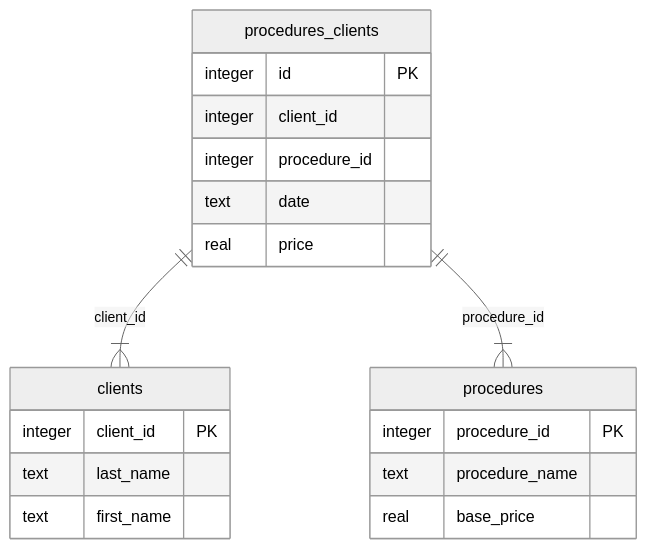
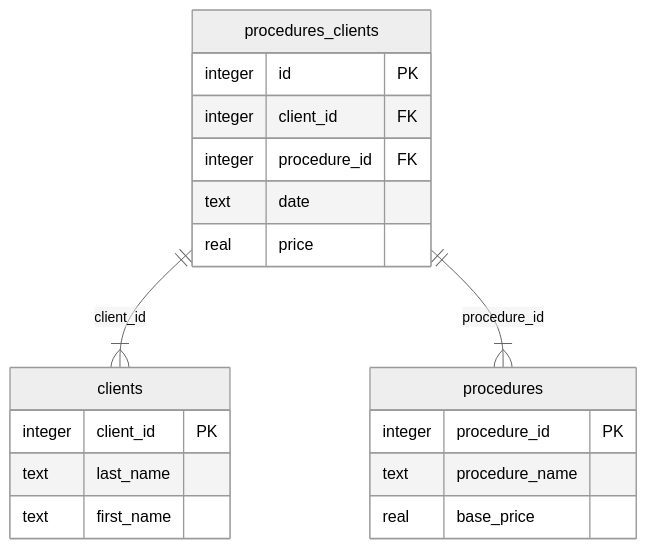
One commit to deltaDelete/PZ17 changed the diagram in PZ17/schema.mermaid. Above: the diagram before and after it, drawn with Mermaid (neutral theme).

Commit message:
fix(schema): добавлена метка внешних ключей

```diff
--- a/PZ17/schema.mermaid
+++ b/PZ17/schema.mermaid
@@ -1,21 +1,21 @@
 erDiagram
 clients {
    integer client_id PK
    text last_name
    text first_name
 }
 procedures {
    integer procedure_id PK
    text procedure_name
    real base_price
 }
 procedures_clients {
    integer id PK
-   integer client_id
-   integer procedure_id
+   integer client_id FK
+   integer procedure_id FK
    text date
    real price
 }
 
 procedures_clients  one--many(1) clients : client_id
 procedures_clients  one--many(1) procedures : procedure_id
```
